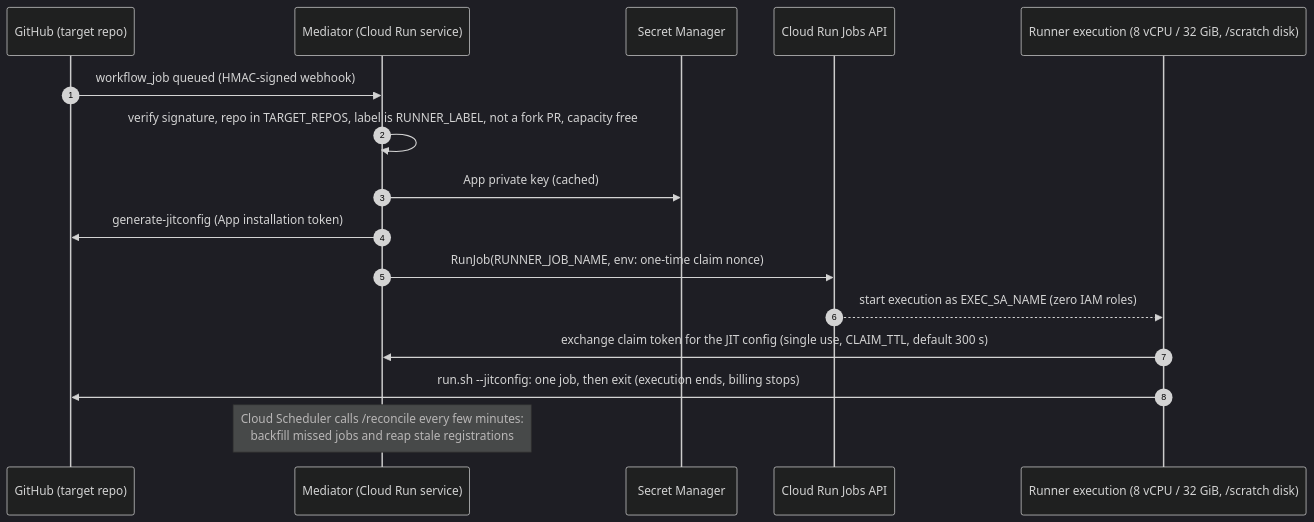
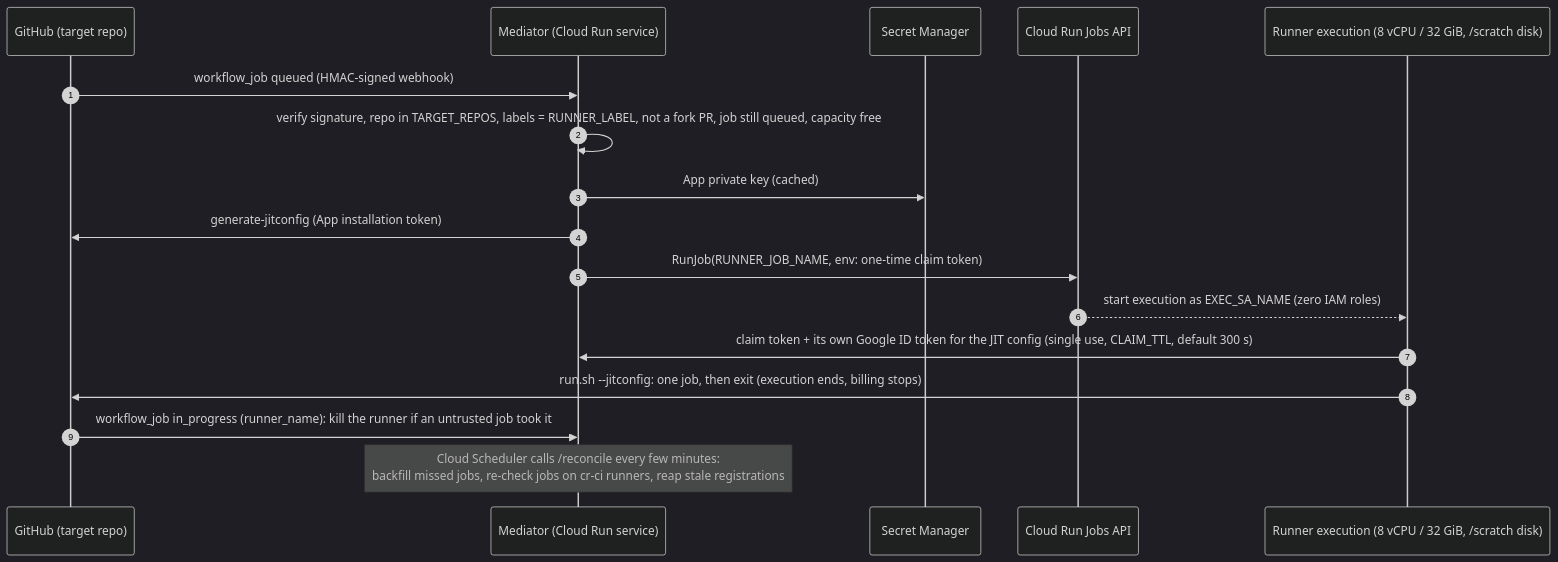
One commit to GoogleCloudPlatform/scion changed the diagram in cr-ci/README.md. Above: the diagram before and after it, drawn with Mermaid (dark theme). The commit also changed 5 other files, not shown here.

````diff
--- a/cr-ci/README.md
+++ b/cr-ci/README.md
@@ -24,18 +24,19 @@
 ```mermaid
 sequenceDiagram
     autonumber
     participant GH as GitHub (target repo)
     participant Med as Mediator (Cloud Run service)
     participant SM as Secret Manager
     participant CR as Cloud Run Jobs API
     participant Run as Runner execution (8 vCPU / 32 GiB, /scratch disk)
     GH->>Med: workflow_job queued (HMAC-signed webhook)
-    Med->>Med: verify signature, repo in TARGET_REPOS, label is RUNNER_LABEL, not a fork PR, capacity free
+    Med->>Med: verify signature, repo in TARGET_REPOS, labels = RUNNER_LABEL, not a fork PR, job still queued, capacity free
     Med->>SM: App private key (cached)
     Med->>GH: generate-jitconfig (App installation token)
-    Med->>CR: RunJob(RUNNER_JOB_NAME, env: one-time claim nonce)
+    Med->>CR: RunJob(RUNNER_JOB_NAME, env: one-time claim token)
     CR-->>Run: start execution as EXEC_SA_NAME (zero IAM roles)
-    Run->>Med: exchange claim token for the JIT config (single use, CLAIM_TTL, default 300 s)
+    Run->>Med: claim token + its own Google ID token for the JIT config (single use, CLAIM_TTL, default 300 s)
     Run->>GH: run.sh --jitconfig: one job, then exit (execution ends, billing stops)
-    Note over Med: Cloud Scheduler calls /reconcile every few minutes:<br/>backfill missed jobs and reap stale registrations
+    GH->>Med: workflow_job in_progress (runner_name): kill the runner if an untrusted job took it
+    Note over Med: Cloud Scheduler calls /reconcile every few minutes:<br/>backfill missed jobs, re-check jobs on cr-ci runners, reap stale registrations
 ```
````
